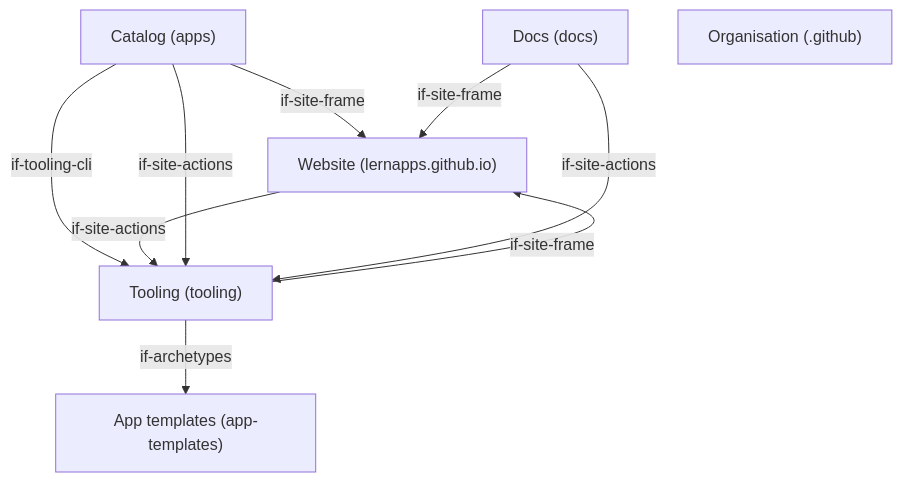
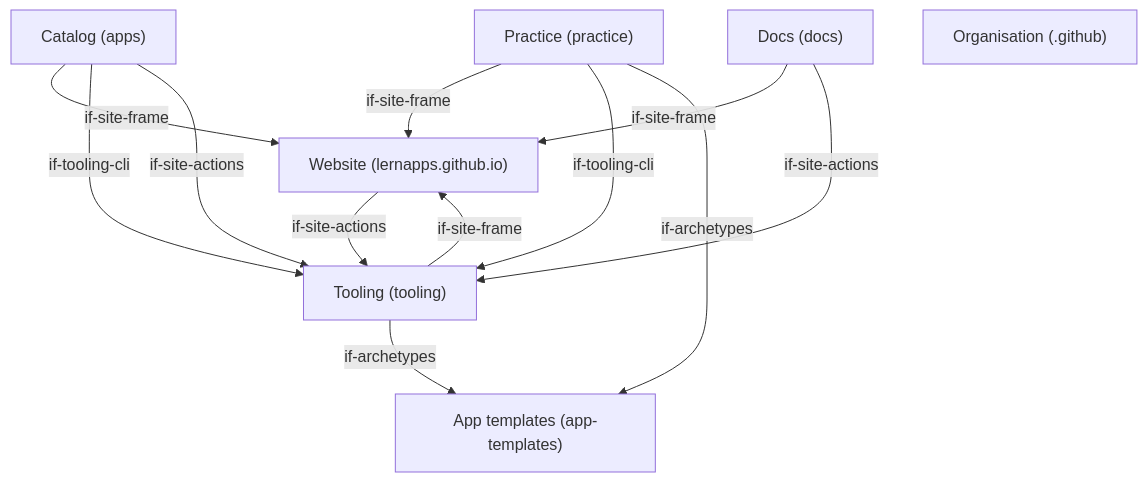
The diagram in docs/arc42/05-building-blocks.arc42.md (lernapps/docs), drawn with Mermaid before and after one commit. The commit also changed other lines of this file and 3 other files, not shown here.

````diff
--- a/docs/arc42/05-building-blocks.arc42.md
+++ b/docs/arc42/05-building-blocks.arc42.md
@@ -18,17 +18,21 @@
 ```mermaid
 flowchart TB
     bb-website["Website (lernapps.github.io)"]
     bb-catalog["Catalog (apps)"]
     bb-tooling["Tooling (tooling)"]
     bb-app-templates["App templates (app-templates)"]
+    bb-practice["Practice (practice)"]
     bb-docs["Docs (docs)"]
     bb-org["Organisation (.github)"]
     bb-catalog -->|"if-site-frame"| bb-website
     bb-tooling -->|"if-site-frame"| bb-website
     bb-docs -->|"if-site-frame"| bb-website
     bb-catalog -->|"if-tooling-cli"| bb-tooling
     bb-tooling -->|"if-archetypes"| bb-app-templates
+    bb-practice -->|"if-site-frame"| bb-website
+    bb-practice -->|"if-tooling-cli"| bb-tooling
+    bb-practice -->|"if-archetypes"| bb-app-templates
     bb-website -->|"if-site-actions"| bb-tooling
     bb-catalog -->|"if-site-actions"| bb-tooling
     bb-docs -->|"if-site-actions"| bb-tooling
 ```
````
